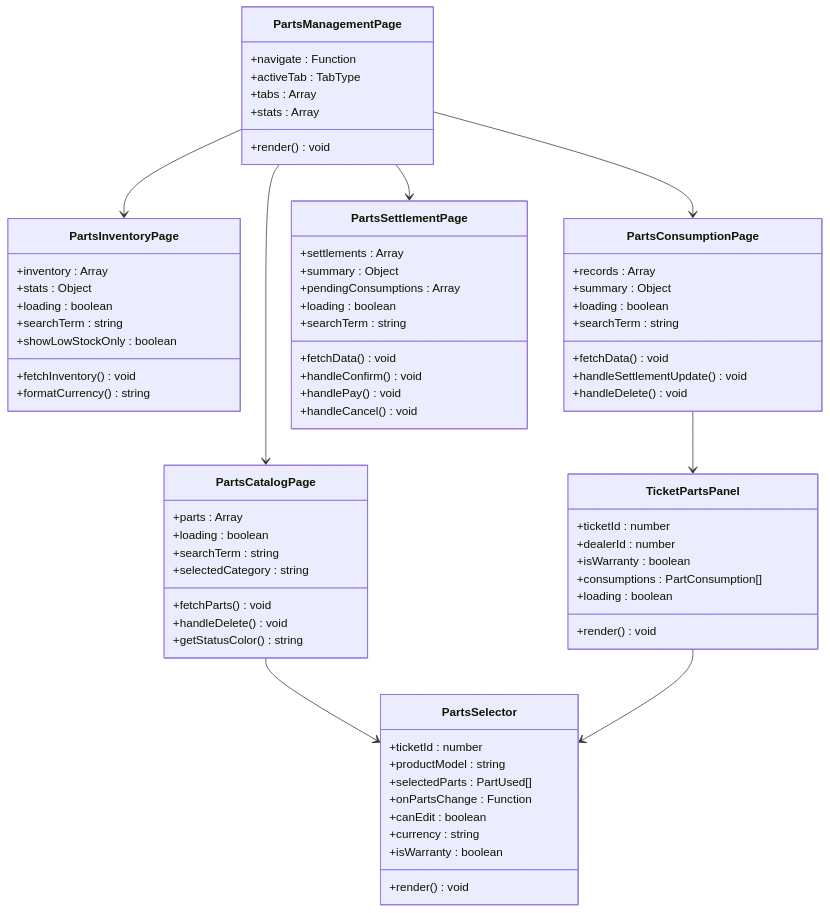
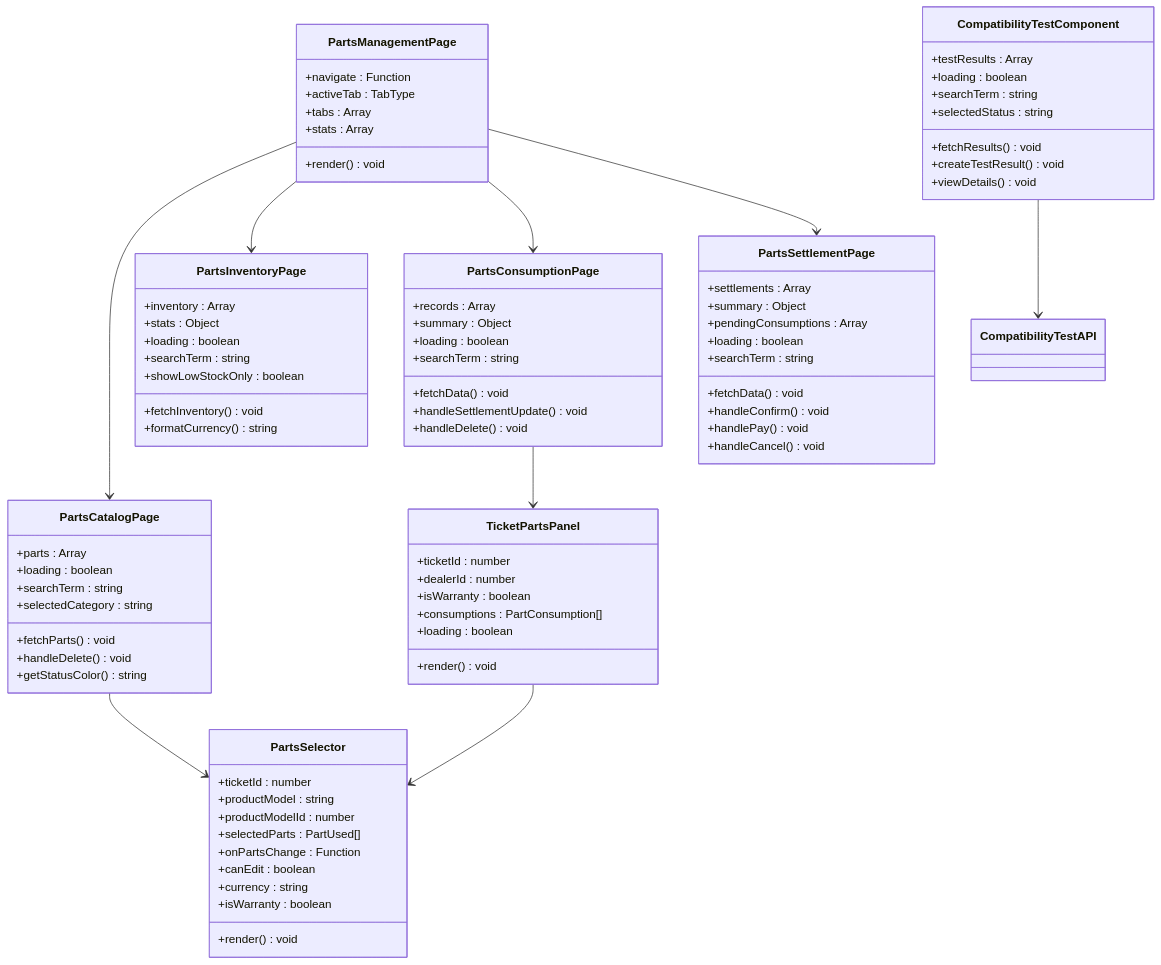
One commit to CubeEdge/Longhorn changed the second of 14 diagrams in .qoder/repowiki/zh/content/数据库设计/配件管理系统.md. Above: the diagram before and after it, drawn with Mermaid. The commit also changed other lines of this file and 29 other files, not shown here.

````diff
--- a/.qoder/repowiki/zh/content/数据库设计/配件管理系统.md
+++ b/.qoder/repowiki/zh/content/数据库设计/配件管理系统.md
@@ -160,6 +187,7 @@
 class PartsSelector {
 +ticketId : number
 +productModel : string
++productModelId : number
 +selectedParts : PartUsed[]
 +onPartsChange : Function
 +canEdit : boolean
@@ -175,6 +203,15 @@
 +loading : boolean
 +render() void
 }
+class CompatibilityTestComponent {
++testResults : Array
++loading : boolean
++searchTerm : string
++selectedStatus : string
++fetchResults() void
++createTestResult() void
++viewDetails() void
+}
 PartsManagementPage --> PartsCatalogPage
 PartsManagementPage --> PartsInventoryPage
 PartsManagementPage --> PartsConsumptionPage
@@ -182,4 +219,5 @@
 PartsCatalogPage --> PartsSelector
 TicketPartsPanel --> PartsSelector
 PartsConsumptionPage --> TicketPartsPanel
+CompatibilityTestComponent --> CompatibilityTestAPI
 ```
````
